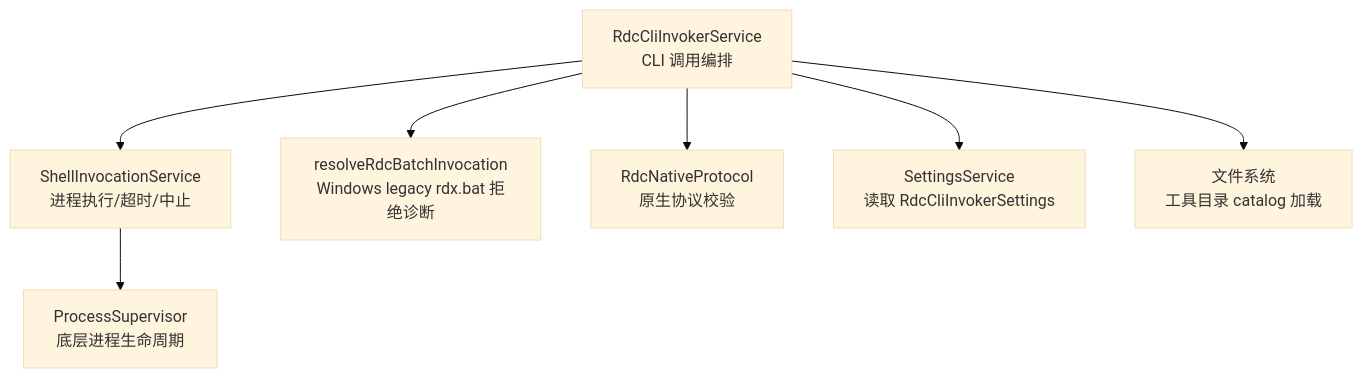
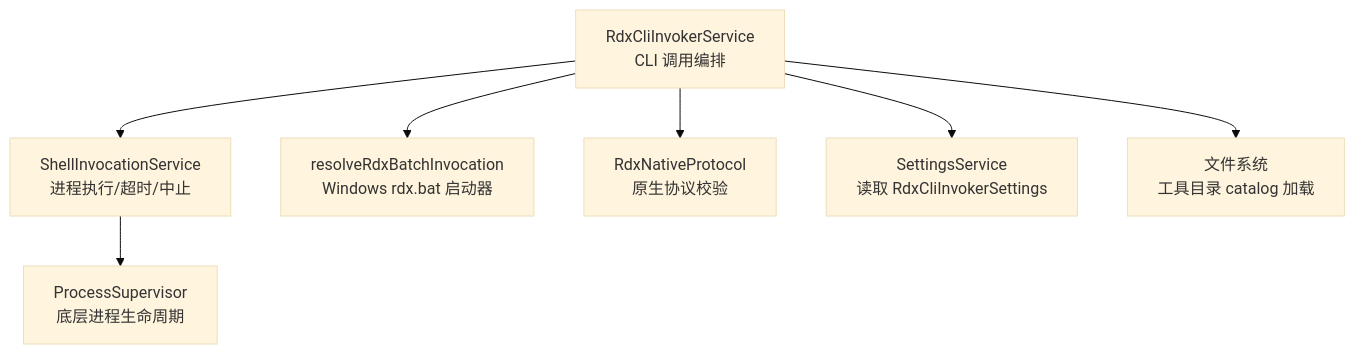
The first of 5 diagrams in .qoder/repowiki/zh/content/API 参考/工具 API/CLI 工具接口.md (haolange/RDC-Agent), drawn with Mermaid (base theme) before and after one commit. The commit also changed other lines of this file and 150 other files, not shown here.

````diff
--- a/.qoder/repowiki/zh/content/API 参考/工具 API/CLI 工具接口.md
+++ b/.qoder/repowiki/zh/content/API 参考/工具 API/CLI 工具接口.md
@@ -31,9 +31,9 @@
 ```mermaid
 graph TB
-A["RdcCliInvokerService<br/>CLI 调用编排"] --> B["ShellInvocationService<br/>进程执行/超时/中止"]
-A --> C["resolveRdcBatchInvocation<br/>Windows legacy rdx.bat 拒绝诊断"]
-A --> D["RdcNativeProtocol<br/>原生协议校验"]
-A --> E["SettingsService<br/>读取 RdcCliInvokerSettings"]
+A["RdxCliInvokerService<br/>CLI 调用编排"] --> B["ShellInvocationService<br/>进程执行/超时/中止"]
+A --> C["resolveRdxBatchInvocation<br/>Windows rdx.bat 启动器"]
+A --> D["RdxNativeProtocol<br/>原生协议校验"]
+A --> E["SettingsService<br/>读取 RdxCliInvokerSettings"]
 A --> F["文件系统<br/>工具目录 catalog 加载"]
 B --> G["ProcessSupervisor<br/>底层进程生命周期"]
 ```
````
